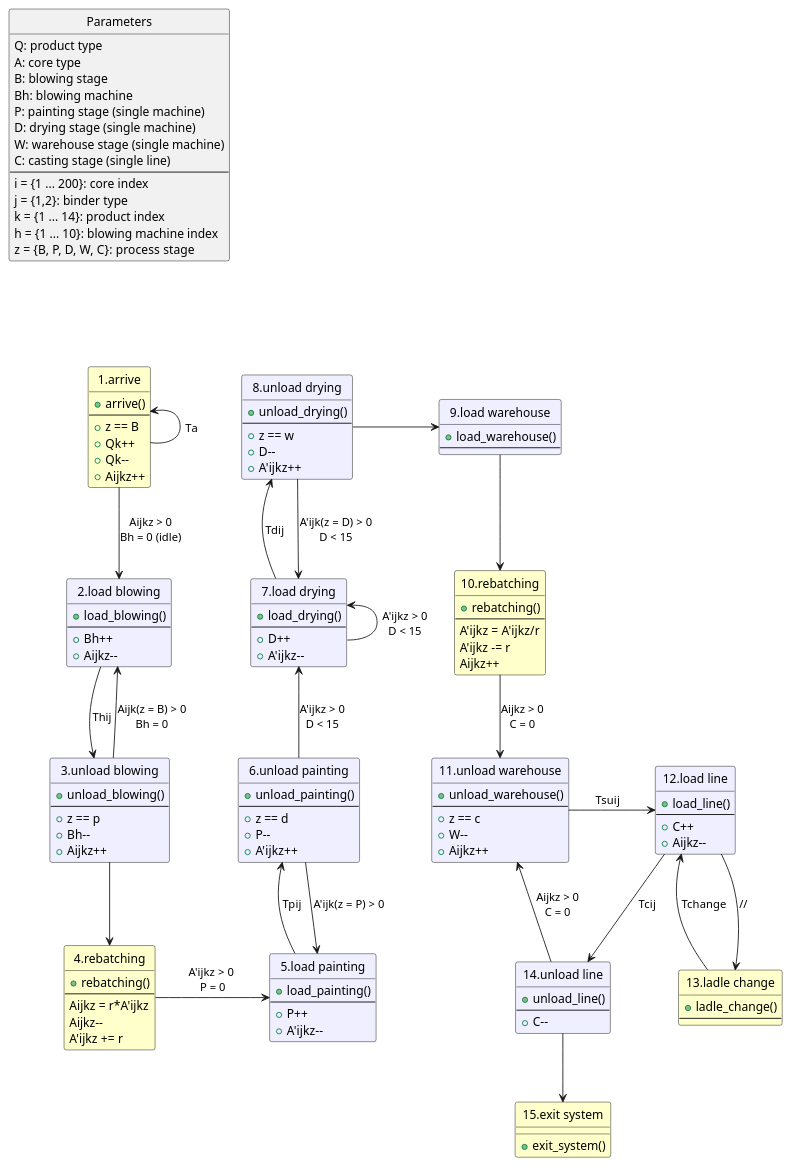
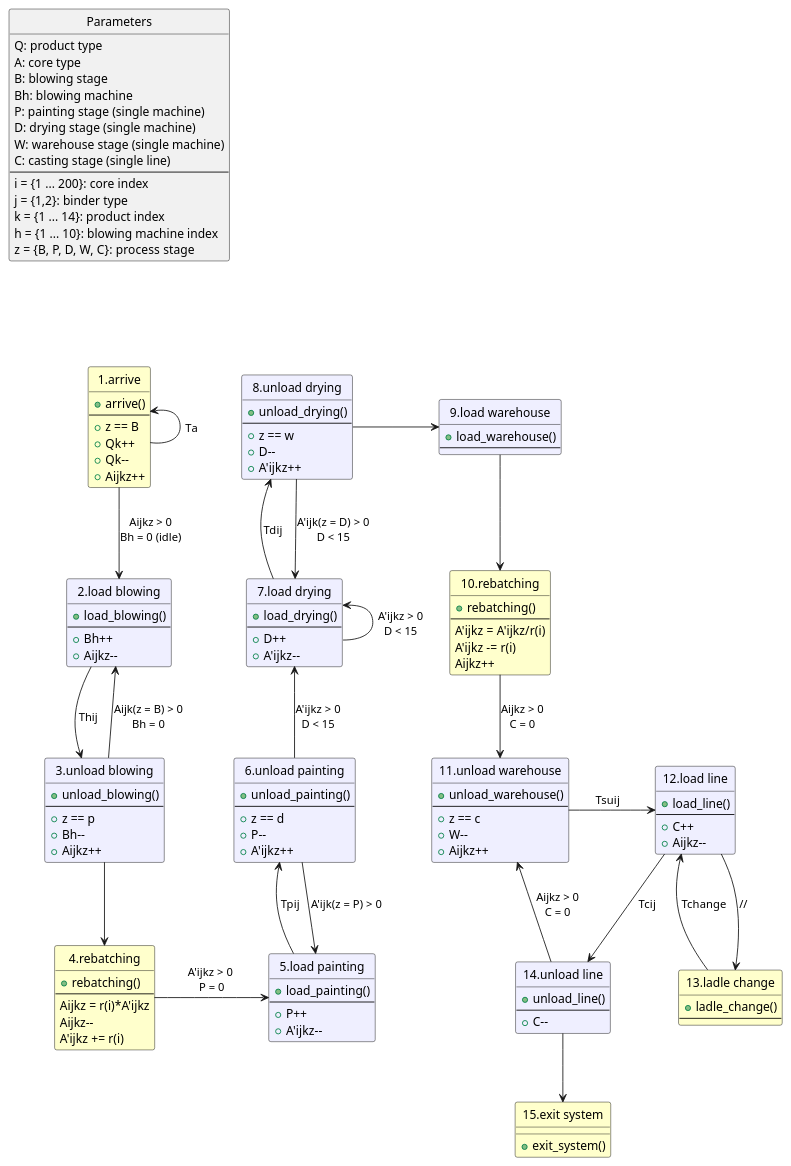
One commit to michlanz/faSimJulia changed the diagram in graph.puml. Above: the diagram before and after it, drawn with PlantUML.

Commit message:
fix rebatching

```diff
--- a/graph.puml
+++ b/graph.puml
@@ -1,177 +1,177 @@
 @startuml EventGraph
 hide circle
 hide stereotype
 
 skinparam class<<P>> {
     'BackgroundColor White
     FontColor Black
     BorderColor Black
 }
 skinparam class<<EG>> {
     BackgroundColor business
     FontColor Black
     BorderColor Black
 }
 skinparam class<<EL>> {
     BackgroundColor Motivation
     FontColor Black
     BorderColor Black
 }
 skinparam class<<EU>> {
     BackgroundColor Motivation
     FontColor Black
     BorderColor Black
 }
 
 'Parametri =====================================================
 class "Parameters" as params <<P>> {
     Q: product type
     A: core type
     B: blowing stage
     Bh: blowing machine
     P: painting stage (single machine)
     D: drying stage (single machine)
     W: warehouse stage (single machine)
     C: casting stage (single line)
     'x: units per cart (max 40)
     's: units per ladle
     --
     i = {1 ... 200}: core index
     j = {1,2}: binder type
     k = {1 ... 14}: product index
     h = {1 ... 10}: blowing machine index
     z = {B, P, D, W, C}: process stage
 }
 
 'Classi di evento =============================================
 class "1.arrive" as E1 <<EG>> {
     +arrive()
     --
     +z == B
     +Qk++
     +Qk--
     +Aijkz++
 }
 
 class "2.load blowing" as E2 <<EL>> {
     +load_blowing()
     --
     +Bh++
     +Aijkz--
 }
 
 class "3.unload blowing" as E3 <<EU>> {
     +unload_blowing()
     --
     +z == p
     +Bh--
     +Aijkz++
 }
 
 class "4.rebatching" as E4 <<EG>> {
     +rebatching()
     --
-    Aijkz = r*A'ijkz
+    Aijkz = r(i)*A'ijkz
     Aijkz--
-    A'ijkz += r 
+    A'ijkz += r(i)
 }
 
 class "5.load painting" as E5 <<EL>> {
     +load_painting()
     --
     +P++
     +A'ijkz--
 }
 
 class "6.unload painting" as E6 <<EU>> {
     +unload_painting()
     --
     +z == d
     +P--
     +A'ijkz++
 }
 
 class "7.load drying" as E7 <<EL>> {
     +load_drying()
     --
     +D++
     +A'ijkz--
 }
 
 class "8.unload drying" as E8 <<EU>> {
     +unload_drying()
     --
     +z == w
     +D--
     +A'ijkz++
 }
 
 class "9.load warehouse" as E9 <<EL>> {
     +load_warehouse()
     --
 }
 
 class "10.rebatching" as E10 <<EG>> {
     +rebatching()
     --
-    A'ijkz = A'ijkz/r
-    A'ijkz -= r
+    A'ijkz = A'ijkz/r(i)
+    A'ijkz -= r(i)
     Aijkz++ 
 }
 
 class "11.unload warehouse" as E11 <<EU>> {
     +unload_warehouse()
     --
     +z == c
     +W--
     +Aijkz++
 }
 
 class "12.load line" as E12 <<EL>> {
     +load_line()
     --
     +C++
     +Aijkz--
 }
 
 class "13.ladle change" as E13 <<EG>> {
     +ladle_change()
     --
 }
 
 class "14.unload line" as E14 <<EU>> {
     +unload_line()
     --
     +C--
 }
 
 class "15.exit system" as E15 <<EG>> {
     +exit_system()
 }
 
 ' Archi =====================================================
 params -[hidden]--> E1
 E1 -up-> E1 : Ta
 E1 -down-> E2 : "Aijkz > 0\nBh = 0 (idle)"
 E2 -down-> E3 : Thij
 E3 -up-> E2 : "Aijk(z = B) > 0\nBh = 0"
 E3 -down-> E4
 E4 -right-> E5 : "      A'ijkz > 0       \nP = 0"
 E5 -up-> E6 : Tpij
 E6 -down-> E5 : "A'ijk(z = P) > 0"
 E6 -up-> E7 : "A'ijkz > 0\nD < 15"
 E7 -up-> E7 : "A'ijkz > 0\nD < 15"
 E7 -up-> E8 : Tdij
 E8 -down-> E7: "A'ijk(z = D) > 0\nD < 15"
 E8 -right-> E9: "                   "
 E9 -down-> E10
 E10 -down-> E11 : "Aijkz > 0\nC = 0"
 E11 -right-> E12: "    Tsuij       "
 E12 --> E13 : //
 E12 --> E14 : Tcij
 E13 --> E12 : Tchange
 E14 --> E11 : Aijkz > 0\nC = 0
 E14 --> E15
 
 
 @enduml
```
